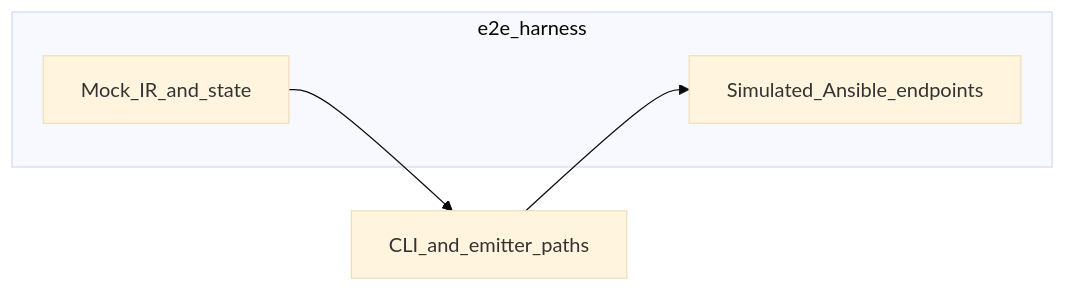
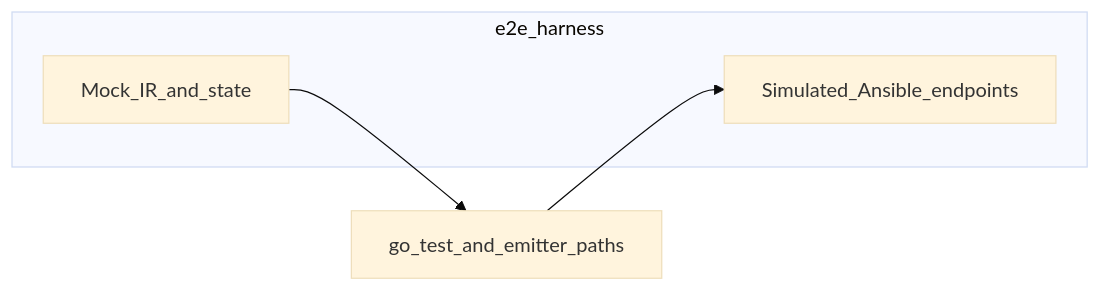
Before and after one commit to kennetholsenatm-gif/OmniGraph: the second of 2 diagrams in docs/development/platform-architecture.md, drawn with Mermaid (base theme). The commit also changed other lines of this file and 86 other files, not shown here.

````diff
--- a/docs/development/platform-architecture.md
+++ b/docs/development/platform-architecture.md
@@ -60,10 +60,10 @@
 ```mermaid
 flowchart LR
   subgraph e2e [e2e_harness]
     MockAnsible[Simulated_Ansible_endpoints]
     Fixtures[Mock_IR_and_state]
   end
-  Pipeline[CLI_and_emitter_paths]
+  Pipeline[go_test_and_emitter_paths]
   Fixtures --> Pipeline
   Pipeline --> MockAnsible
 ```
````
